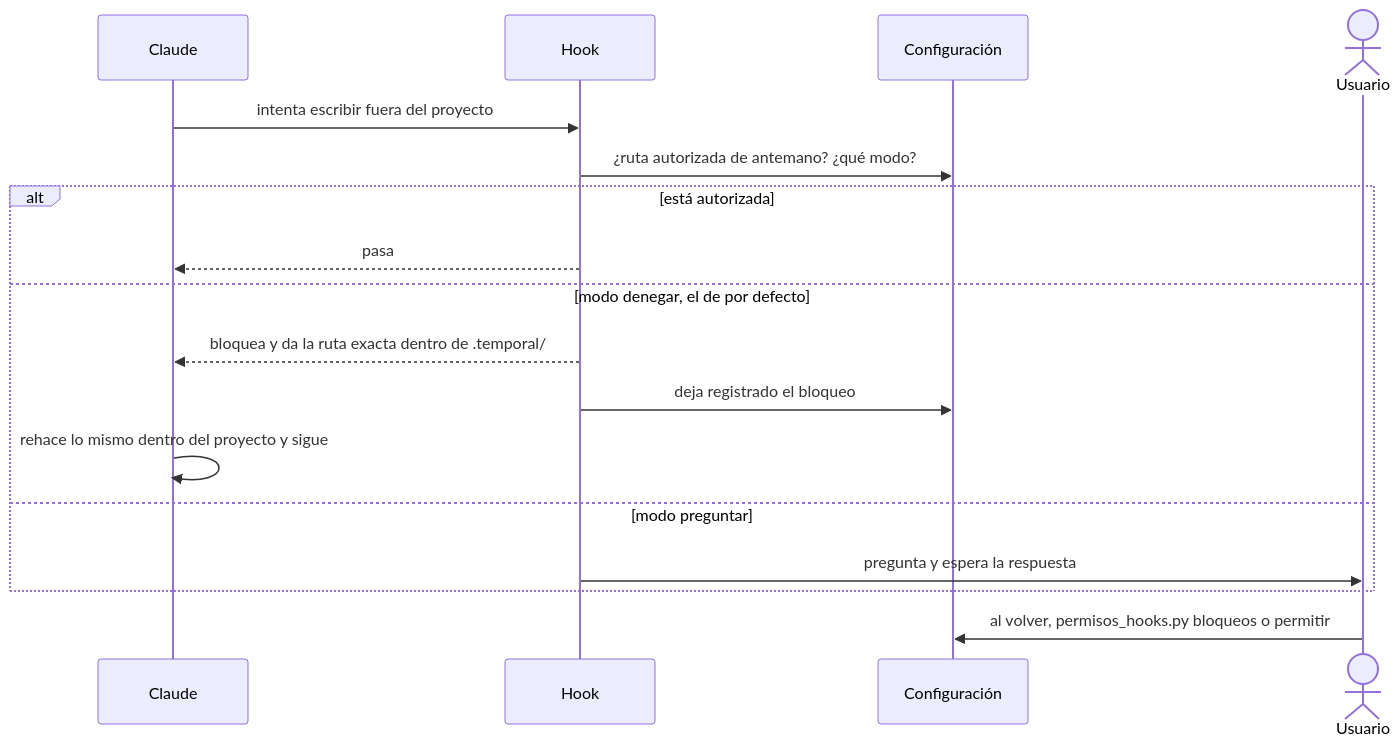
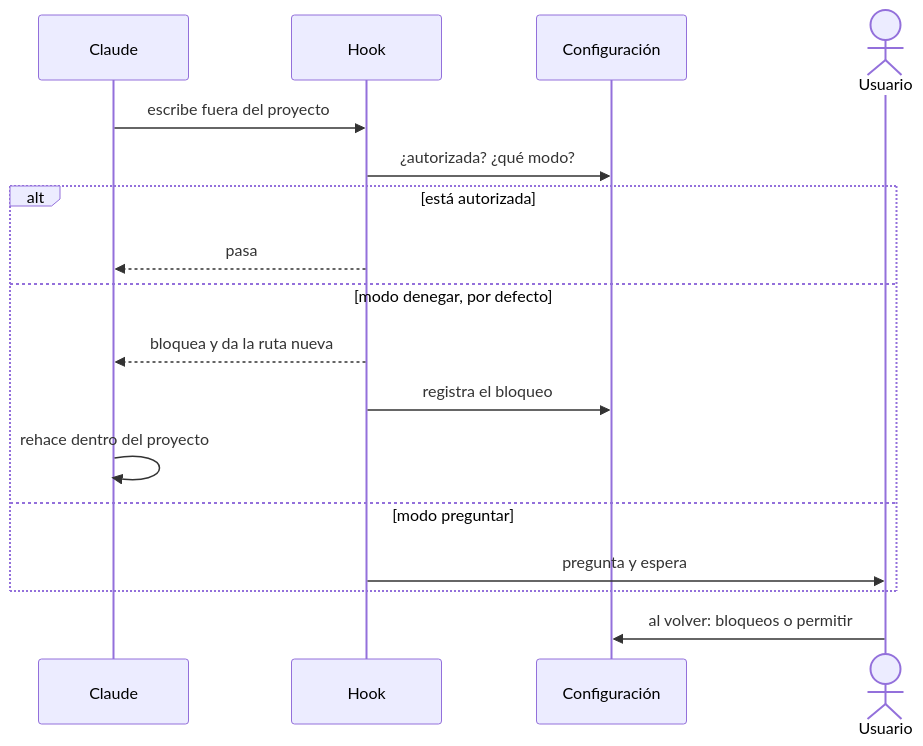
The diagram in docs/diagramas/hooks.md (dante-sinesi/senior-developer-skill), drawn with Mermaid before and after one commit. The commit also changed 12 other files, not shown here.

Commit message:
feat(docs): diagramas pensados para el ancho de la página, ciclo por fases y abrir en una sola pestaña (#27)

````diff
--- a/docs/diagramas/hooks.md
+++ b/docs/diagramas/hooks.md
@@ -14,19 +14,19 @@
 ```mermaid
 sequenceDiagram
     participant C as Claude
     participant H as Hook
     participant K as Configuración
     actor U as Usuario
-    C->>H: intenta escribir fuera del proyecto
-    H->>K: ¿ruta autorizada de antemano? ¿qué modo?
+    C->>H: escribe fuera del proyecto
+    H->>K: ¿autorizada? ¿qué modo?
     alt está autorizada
         H-->>C: pasa
-    else modo denegar, el de por defecto
-        H-->>C: bloquea y da la ruta exacta dentro de .temporal/
-        H->>K: deja registrado el bloqueo
-        C->>C: rehace lo mismo dentro del proyecto y sigue
+    else modo denegar, por defecto
+        H-->>C: bloquea y da la ruta nueva
+        H->>K: registra el bloqueo
+        C->>C: rehace dentro del proyecto
     else modo preguntar
-        H->>U: pregunta y espera la respuesta
+        H->>U: pregunta y espera
     end
-    U->>K: al volver, permisos_hooks.py bloqueos o permitir
+    U->>K: al volver: bloqueos o permitir
 ```
````
